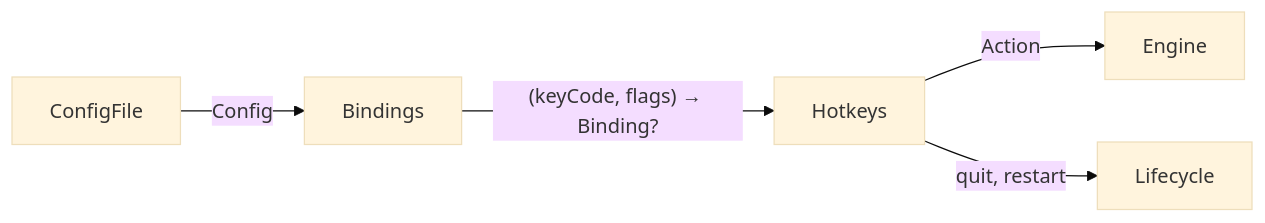
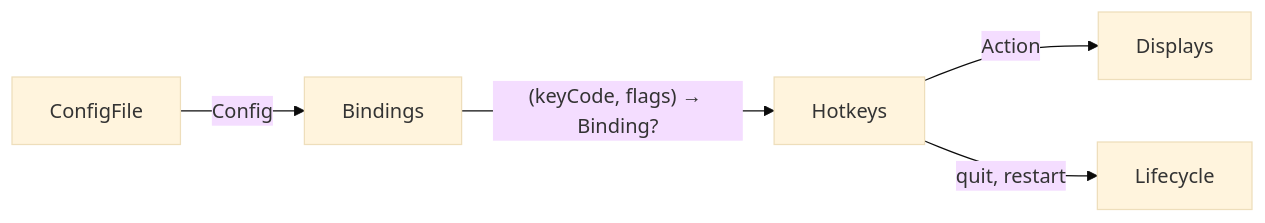
One commit to brennovich/ottowm changed the fourth of 26 diagrams in ARCHITECTURE.md. Above: the diagram before and after it, drawn with Mermaid (base theme). The commit also changed other lines of this file and 1 other file, not shown here.

First line of the commit message:
Document one engine and one Pager per display

````diff
--- a/ARCHITECTURE.md
+++ b/ARCHITECTURE.md
@@ -85,7 +93,7 @@
 ```mermaid
 flowchart LR
     ConfigFile -->|Config| Bindings
     Bindings -->|"(keyCode, flags) → Binding?"| Hotkeys
-    Hotkeys -->|Action| Engine
+    Hotkeys -->|Action| Displays
     Hotkeys -->|quit, restart| Lifecycle
 ```
````
